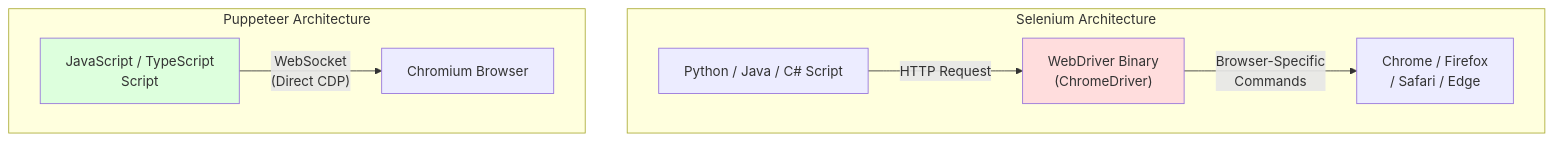
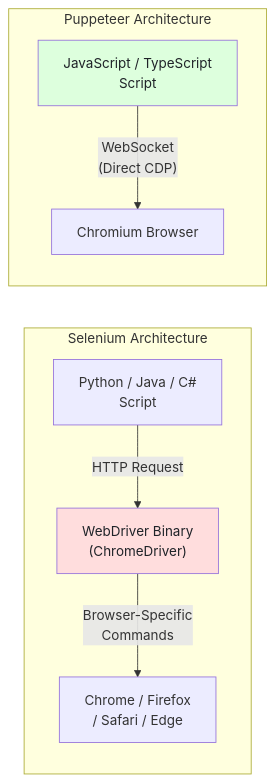
Before and after one commit to bytetunnels/bytetunnels.github.com: the first of 4 diagrams in _posts/2026-03-05-selenium-vs-puppeteer-definitive-comparison-web-scraping.md, drawn with Mermaid. The commit also changed other lines of this file and 118 other files, not shown here.

Commit message:
feat: improve diagram styling and compact wide flowcharts

````diff
--- a/_posts/2026-03-05-selenium-vs-puppeteer-definitive-comparison-web-scraping.md
+++ b/_posts/2026-03-05-selenium-vs-puppeteer-definitive-comparison-web-scraping.md
@@ -25,14 +25,14 @@
 ```mermaid
-flowchart TD
+flowchart LR
     subgraph SELENIUM["Selenium Architecture"]
-        A1["Python / Java / C# Script"] -->|"HTTP Request"| A2["WebDriver Binary<br>(ChromeDriver)"]
-        A2 -->|"Browser-Specific<br>Commands"| A3["Chrome / Firefox<br>/ Safari / Edge"]
+        A1["Python / Java / C#<br/>Script"] -->|"HTTP Request"| A2["WebDriver Binary<br/>(ChromeDriver)"]
+        A2 -->|"Browser-Specific<br>Commands"| A3["Chrome / Firefox<br/>/ Safari / Edge"]
     end
 
     subgraph PUPPETEER["Puppeteer Architecture"]
-        B1["JavaScript / TypeScript<br>Script"] -->|"WebSocket<br>(Direct CDP)"| B2["Chromium Browser"]
+        B1["JavaScript / TypeScript<br/>Script"] -->|"WebSocket<br>(Direct CDP)"| B2["Chromium Browser"]
     end
 
-    style A2 fill:#ffdddd
-    style B1 fill:#ddffdd
+    style A2 fill:#ffdddd,color:#1f2328
+    style B1 fill:#ddffdd,color:#1f2328
 ```
````
